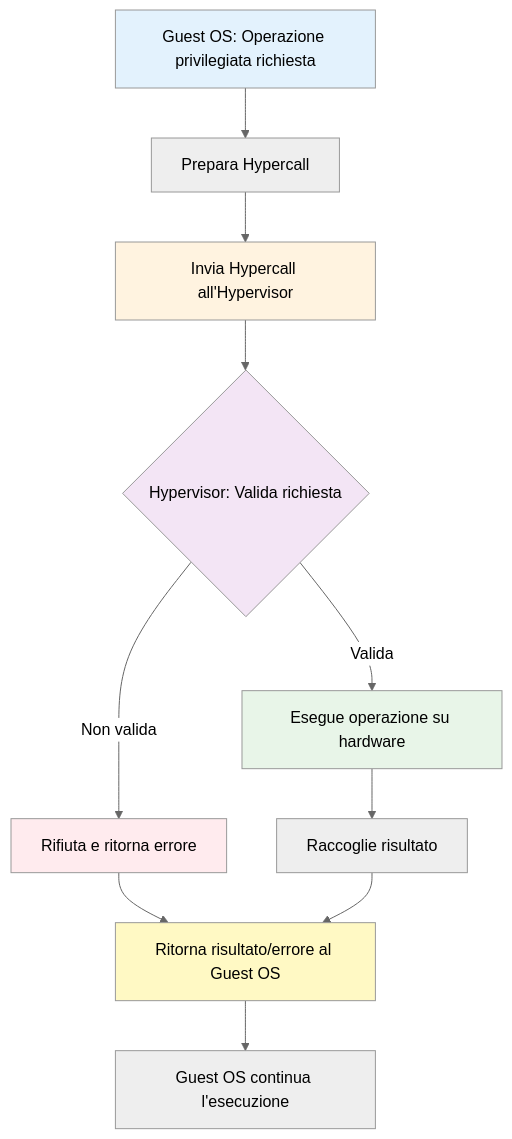
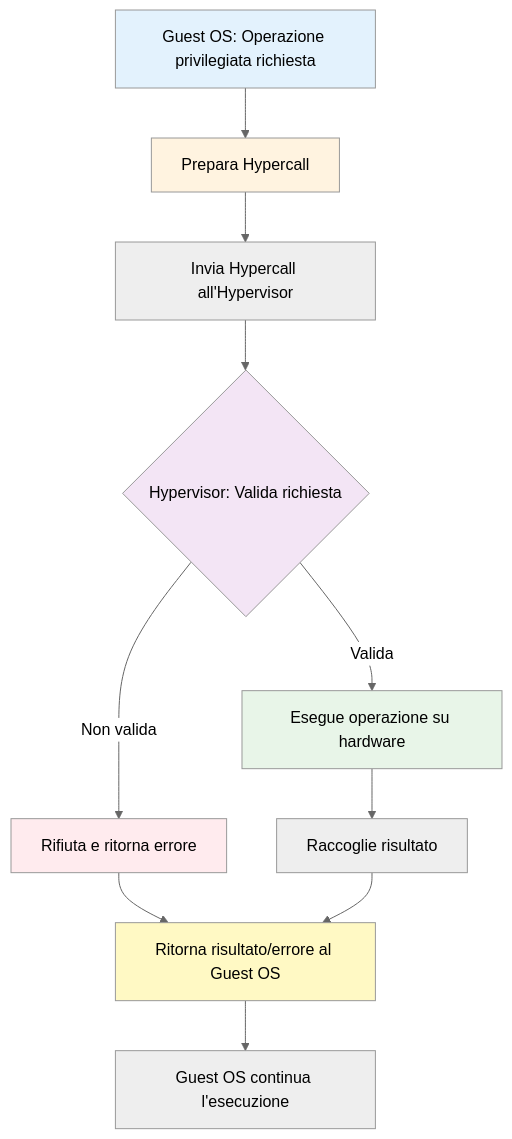
The seventh of 13 diagrams in cloud/docs/virtualization-technologies/index.md (GreppiDev/Info5IA2425WebDev), drawn with Mermaid (neutral theme) before and after one commit. The commit also changed other lines of this file and 132 other files, not shown here.

````diff
--- a/cloud/docs/virtualization-technologies/index.md
+++ b/cloud/docs/virtualization-technologies/index.md
@@ -138,19 +556,19 @@
     ```mermaid
     flowchart TD
         A[Guest OS: Operazione privilegiata richiesta] --> B[Prepara Hypercall]
         B --> C[Invia Hypercall all'Hypervisor]
         C --> D{Hypervisor: Valida richiesta}
         D -->|Valida| E[Esegue operazione su hardware]
         D -->|Non valida| F[Rifiuta e ritorna errore]
         E --> G[Raccoglie risultato]
         F --> H[Ritorna risultato/errore al Guest OS]
         G --> H
         H --> I[Guest OS continua l'esecuzione]
         
         style A fill:#e3f2fd
-        style C fill:#fff3e0
+        style B fill:#fff3e0
         style D fill:#f3e5f5
         style E fill:#e8f5e8
         style F fill:#ffebee
         style H fill:#fff9c4
     ```
````
